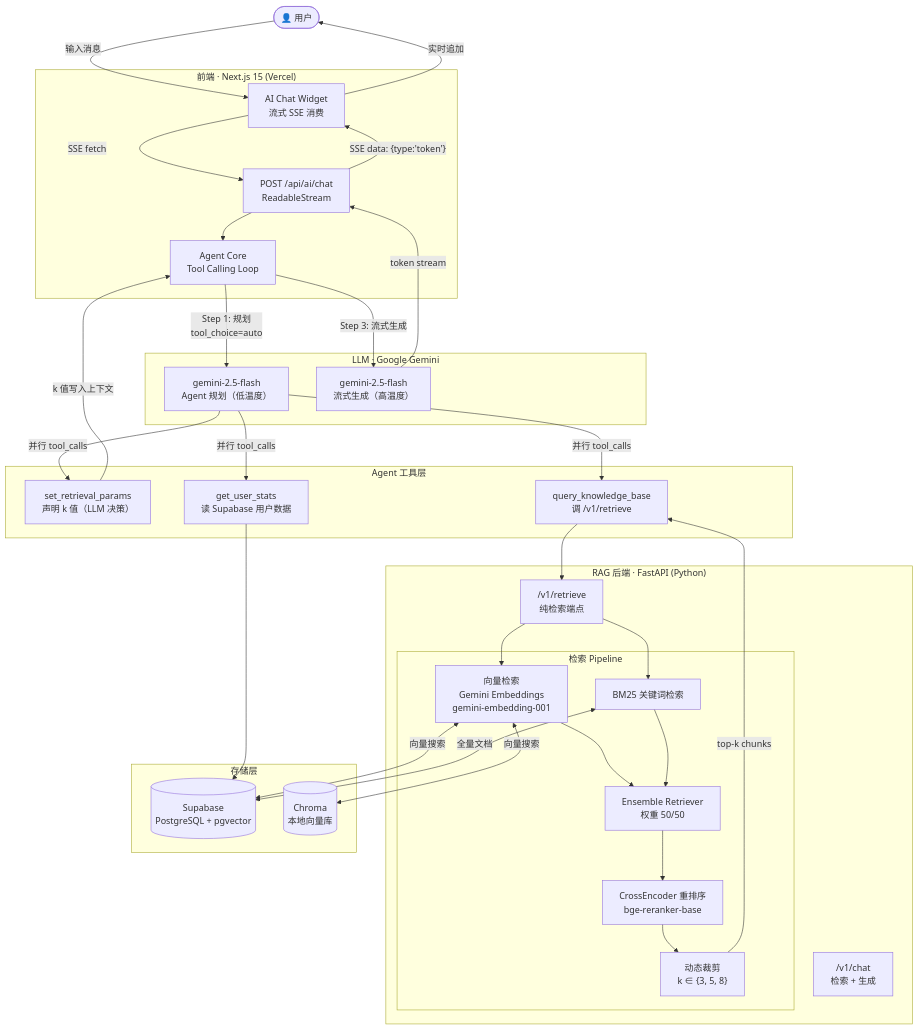
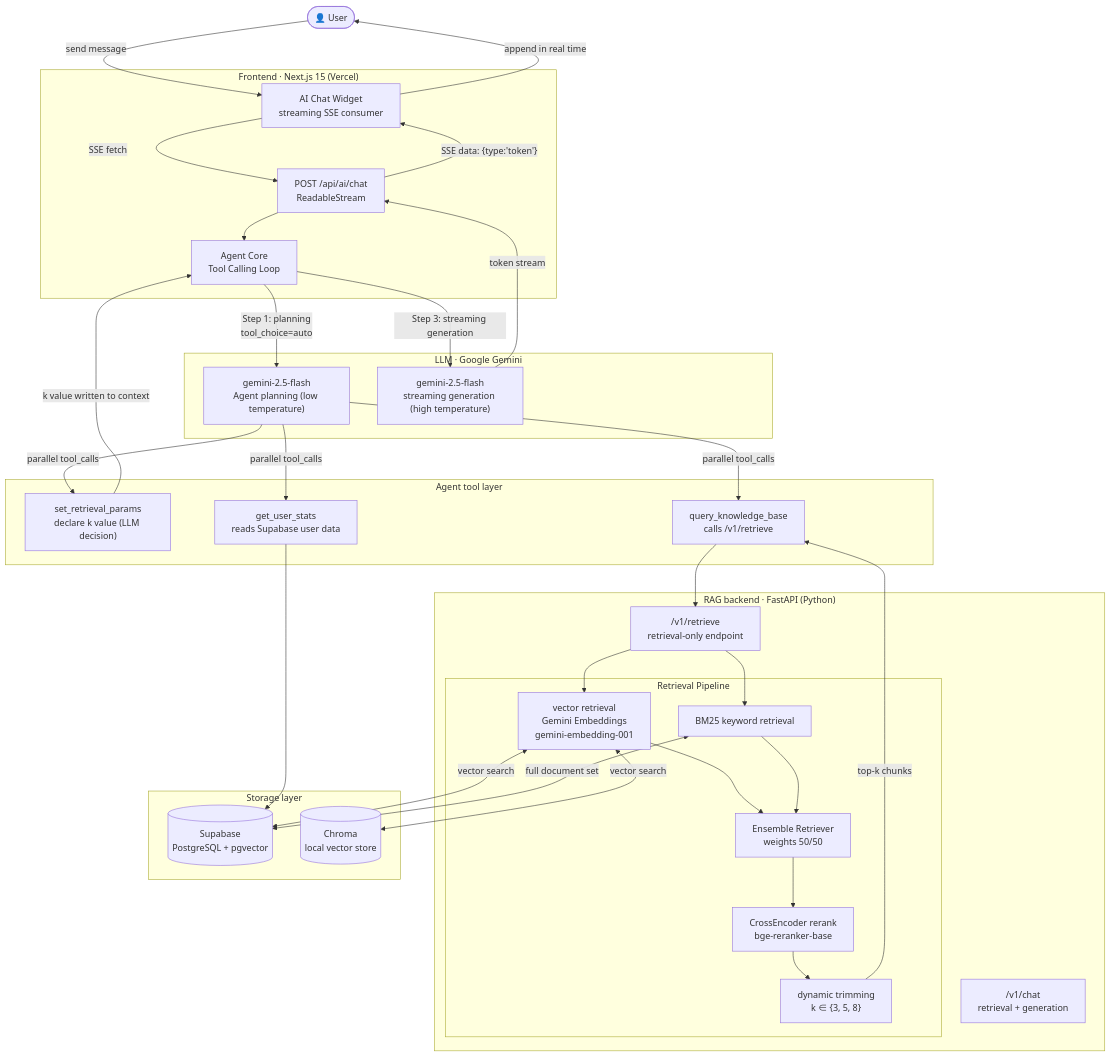
One commit to G1lollipop/fitcore changed the diagram in web/README.md. Above: the diagram before and after it, drawn with Mermaid. The commit also changed other lines of this file and 96 other files, not shown here.

````diff
--- a/web/README.md
+++ b/web/README.md
@@ -11,64 +11,64 @@
 ```mermaid
 flowchart TD
-    User(["👤 用户"])
+    User(["👤 User"])
 
-    subgraph Frontend ["前端 · Next.js 15 (Vercel)"]
-        Widget["AI Chat Widget\n流式 SSE 消费"]
+    subgraph Frontend ["Frontend · Next.js 15 (Vercel)"]
+        Widget["AI Chat Widget\nstreaming SSE consumer"]
         Route["POST /api/ai/chat\nReadableStream"]
         Agent["Agent Core\nTool Calling Loop"]
     end
 
-    subgraph Tools ["Agent 工具层"]
-        T1["set_retrieval_params\n声明 k 值（LLM 决策）"]
-        T2["query_knowledge_base\n调 /v1/retrieve"]
-        T3["get_user_stats\n读 Supabase 用户数据"]
+    subgraph Tools ["Agent tool layer"]
+        T1["set_retrieval_params\ndeclare k value (LLM decision)"]
+        T2["query_knowledge_base\ncalls /v1/retrieve"]
+        T3["get_user_stats\nreads Supabase user data"]
     end
 
-    subgraph RAG ["RAG 后端 · FastAPI (Python)"]
-        Retrieve["/v1/retrieve\n纯检索端点"]
-        Chat["/v1/chat\n检索 + 生成"]
+    subgraph RAG ["RAG backend · FastAPI (Python)"]
+        Retrieve["/v1/retrieve\nretrieval-only endpoint"]
+        Chat["/v1/chat\nretrieval + generation"]
         Pipeline["Retrieval Pipeline"]
     end
 
-    subgraph Pipeline ["检索 Pipeline"]
-        Vec["向量检索\nGemini Embeddings\ngemini-embedding-001"]
-        BM25["BM25 关键词检索"]
-        Ensemble["Ensemble Retriever\n权重 50/50"]
-        Rerank["CrossEncoder 重排序\nbge-reranker-base"]
-        Trim["动态裁剪\nk ∈ {3, 5, 8}"]
+    subgraph Pipeline ["Retrieval Pipeline"]
+        Vec["vector retrieval\nGemini Embeddings\ngemini-embedding-001"]
+        BM25["BM25 keyword retrieval"]
+        Ensemble["Ensemble Retriever\nweights 50/50"]
+        Rerank["CrossEncoder rerank\nbge-reranker-base"]
+        Trim["dynamic trimming\nk ∈ {3, 5, 8}"]
     end
 
-    subgraph Storage ["存储层"]
+    subgraph Storage ["Storage layer"]
         Supabase[("Supabase\nPostgreSQL + pgvector")]
-        Chroma[("Chroma\n本地向量库")]
+        Chroma[("Chroma\nlocal vector store")]
     end
 
     subgraph LLM ["LLM · Google Gemini"]
-        Qwen1["gemini-2.5-flash\nAgent 规划（低温度）"]
-        Qwen2["gemini-2.5-flash\n流式生成（高温度）"]
+        Qwen1["gemini-2.5-flash\nAgent planning (low temperature)"]
+        Qwen2["gemini-2.5-flash\nstreaming generation (high temperature)"]
     end
 
-    User -->|"输入消息"| Widget
+    User -->|"send message"| Widget
     Widget -->|"SSE fetch"| Route
     Route --> Agent
 
-    Agent -->|"Step 1: 规划\ntool_choice=auto"| Qwen1
-    Qwen1 -->|"并行 tool_calls"| T1 & T2 & T3
+    Agent -->|"Step 1: planning\ntool_choice=auto"| Qwen1
+    Qwen1 -->|"parallel tool_calls"| T1 & T2 & T3
 
-    T1 -->|"k 值写入上下文"| Agent
+    T1 -->|"k value written to context"| Agent
     T2 --> Retrieve
     T3 --> Supabase
 
     Retrieve --> Vec & BM25
     Vec & BM25 --> Ensemble --> Rerank --> Trim
     Trim -->|"top-k chunks"| T2
 
-    Vec <-->|"向量搜索"| Supabase
-    Vec <-->|"向量搜索"| Chroma
-    BM25 <-->|"全量文档"| Supabase
+    Vec <-->|"vector search"| Supabase
+    Vec <-->|"vector search"| Chroma
+    BM25 <-->|"full document set"| Supabase
 
-    Agent -->|"Step 3: 流式生成"| Qwen2
+    Agent -->|"Step 3: streaming generation"| Qwen2
     Qwen2 -->|"token stream"| Route
     Route -->|"SSE data: {type:'token'}"| Widget
-    Widget -->|"实时追加"| User
+    Widget -->|"append in real time"| User
 ```
````
